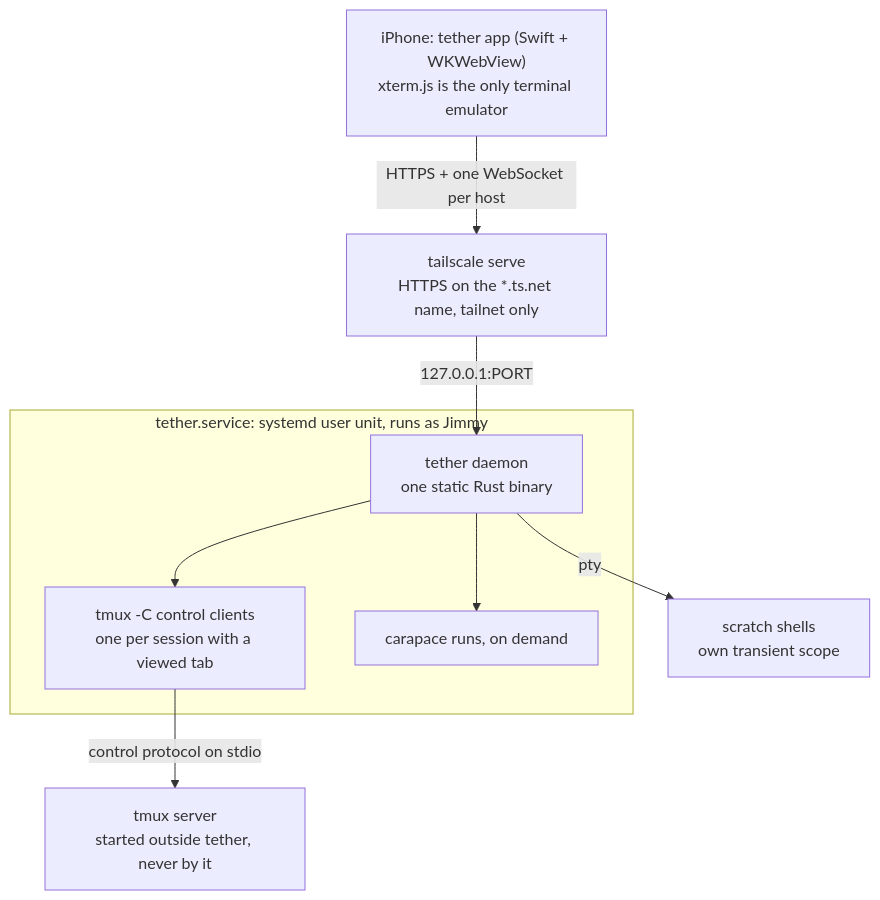
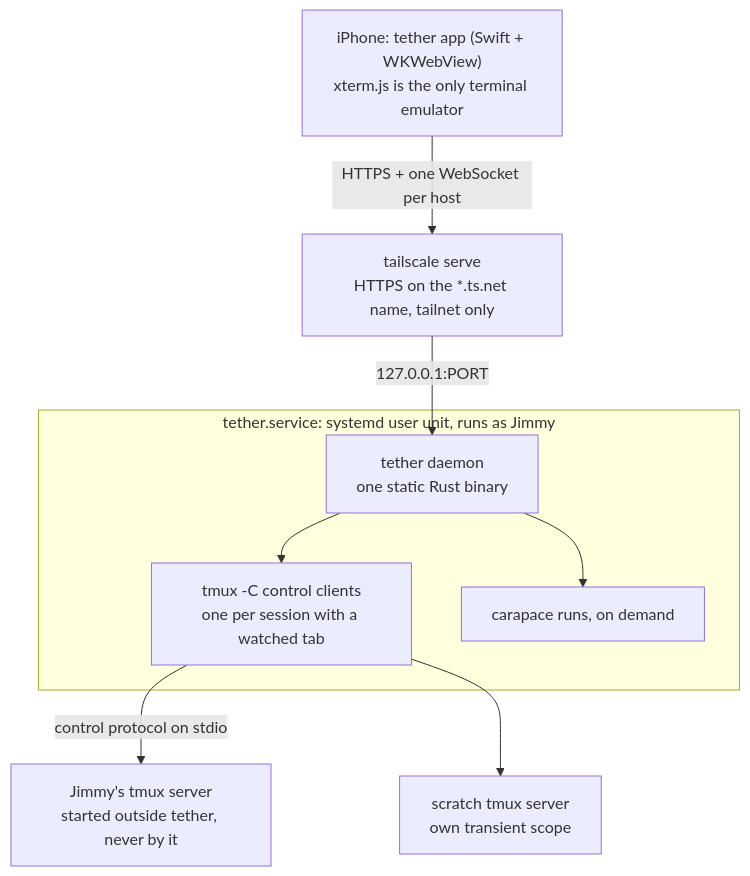
One commit to haowjy/tether changed the diagram in docs/design/plan.md. Above: the diagram before and after it, drawn with Mermaid. The commit also changed other lines of this file and 10 other files, not shown here.

````diff
--- a/docs/design/plan.md
+++ b/docs/design/plan.md
@@ -183,18 +75,18 @@
 ```mermaid
 flowchart TB
   phone["iPhone: tether app (Swift + WKWebView)<br/>xterm.js is the only terminal emulator"]
   serve["tailscale serve<br/>HTTPS on the *.ts.net name, tailnet only"]
   subgraph unit["tether.service: systemd user unit, runs as Jimmy"]
     daemon["tether daemon<br/>one static Rust binary"]
-    cc["tmux -C control clients<br/>one per session with a viewed tab"]
+    cc["tmux -C control clients<br/>one per session with a watched tab"]
     carapace["carapace runs, on demand"]
   end
-  scratch["scratch shells<br/>own transient scope"]
-  tmux["tmux server<br/>started outside tether, never by it"]
+  tmux["Jimmy's tmux server<br/>started outside tether, never by it"]
+  scratch["scratch tmux server<br/>own transient scope"]
   phone -- "HTTPS + one WebSocket per host" --> serve
   serve -- "127.0.0.1:PORT" --> daemon
   daemon --> cc
   cc -- "control protocol on stdio" --> tmux
+  cc --> scratch
   daemon --> carapace
-  daemon -- "pty" --> scratch
 ```
````
